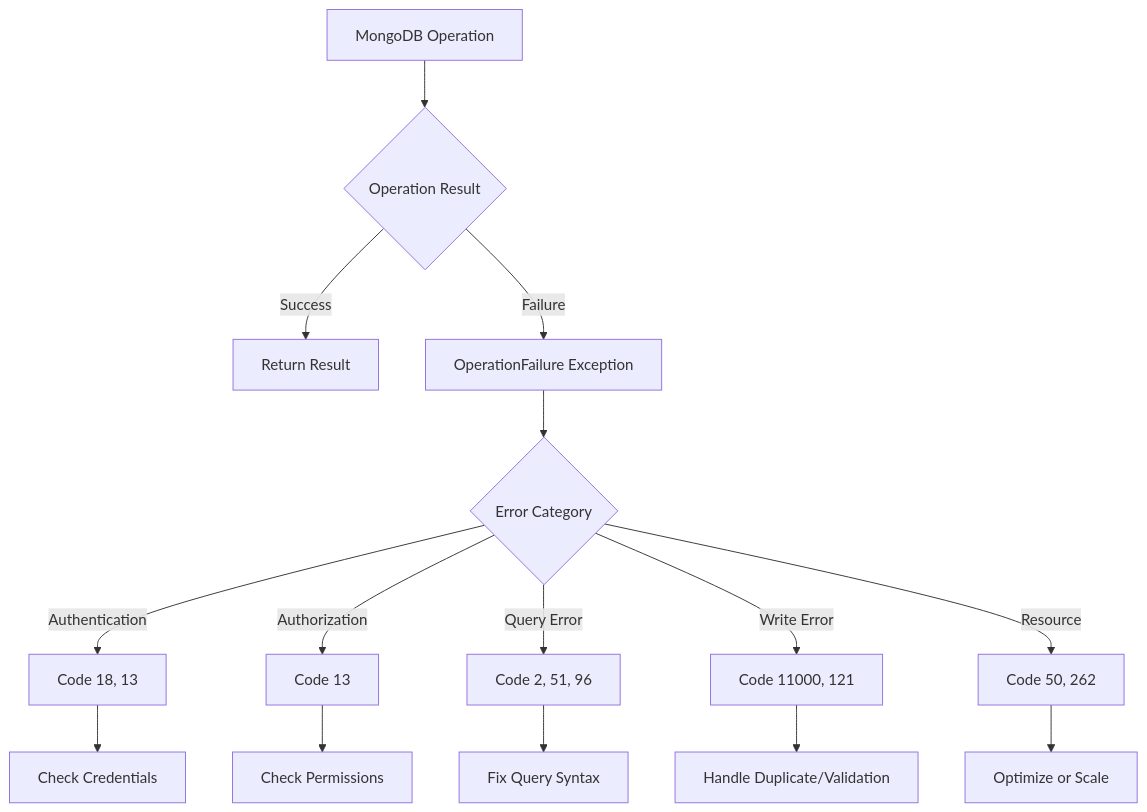
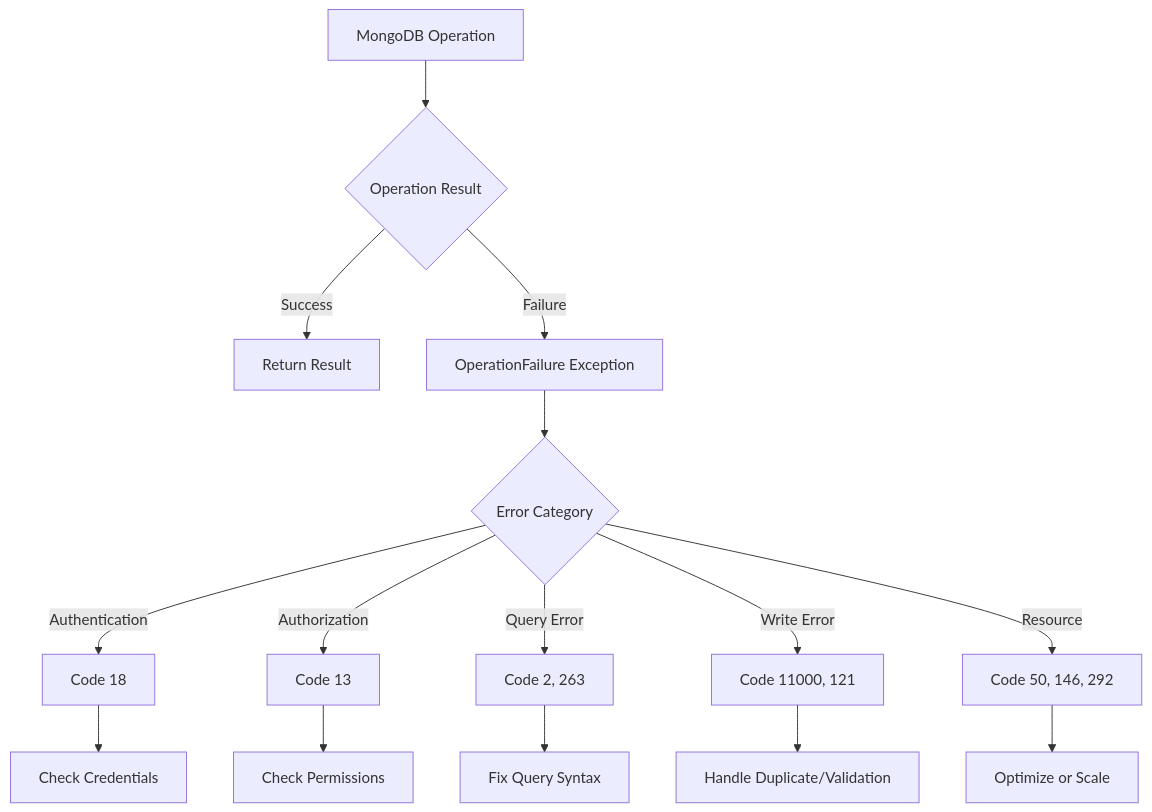
Before and after one commit to OneUptime/blog: the diagram in posts/2025-12-15-mongodb-operationfailure-errors/README.md, drawn with Mermaid. The commit also changed other lines of this file and 2 other files, not shown here.

````diff
--- a/posts/2025-12-15-mongodb-operationfailure-errors/README.md
+++ b/posts/2025-12-15-mongodb-operationfailure-errors/README.md
@@ -26,19 +29,19 @@
 ```mermaid
 flowchart TD
     A[MongoDB Operation] --> B{Operation Result}
     B -->|Success| C[Return Result]
     B -->|Failure| D[OperationFailure Exception]
 
     D --> E{Error Category}
-    E -->|Authentication| F[Code 18, 13]
+    E -->|Authentication| F[Code 18]
     E -->|Authorization| G[Code 13]
-    E -->|Query Error| H[Code 2, 51, 96]
+    E -->|Query Error| H[Code 2, 263]
     E -->|Write Error| I[Code 11000, 121]
-    E -->|Resource| J[Code 50, 262]
+    E -->|Resource| J[Code 50, 146, 292]
 
     F --> K[Check Credentials]
     G --> L[Check Permissions]
     H --> M[Fix Query Syntax]
     I --> N[Handle Duplicate/Validation]
     J --> O[Optimize or Scale]
 ```
````
